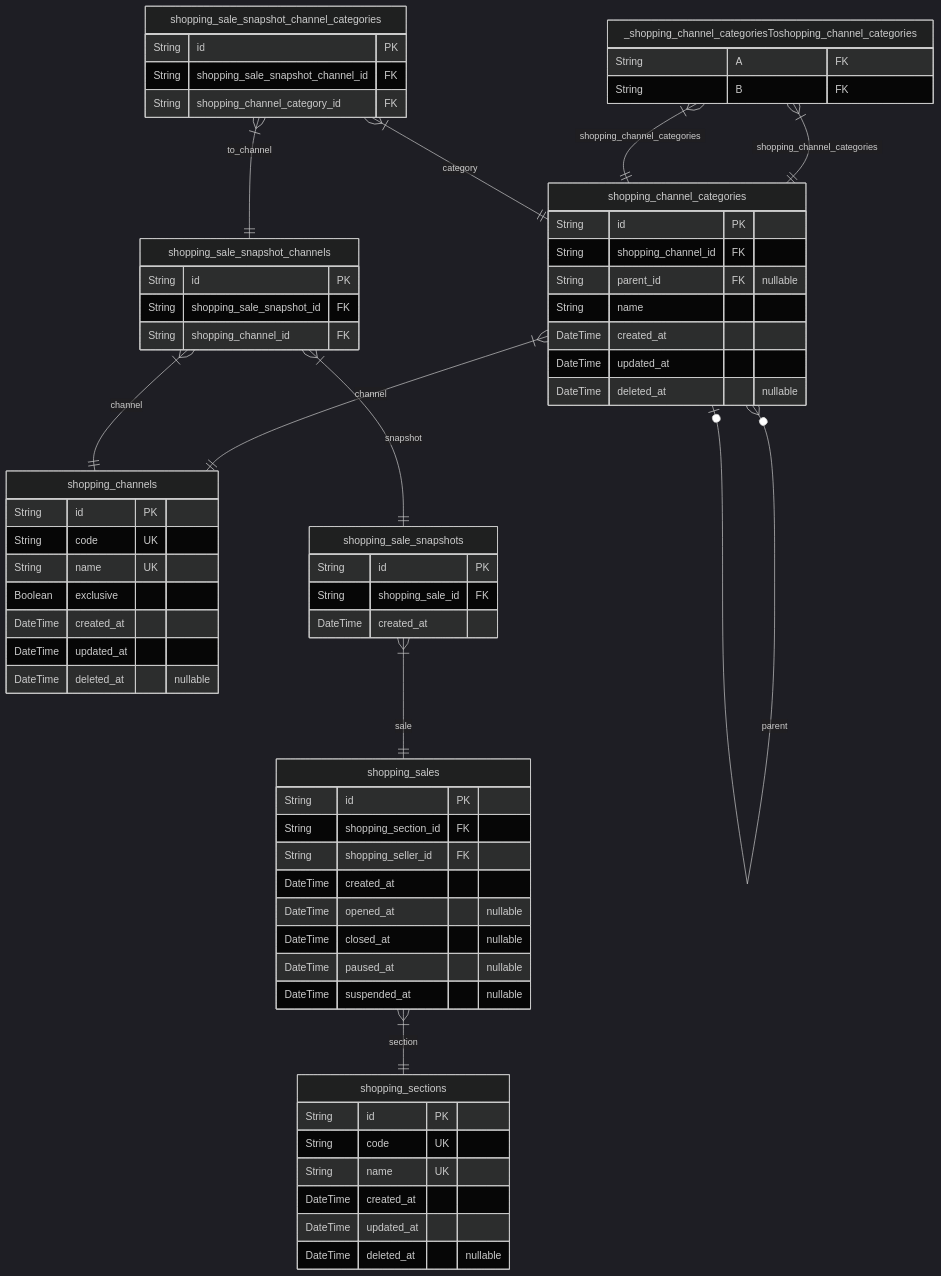
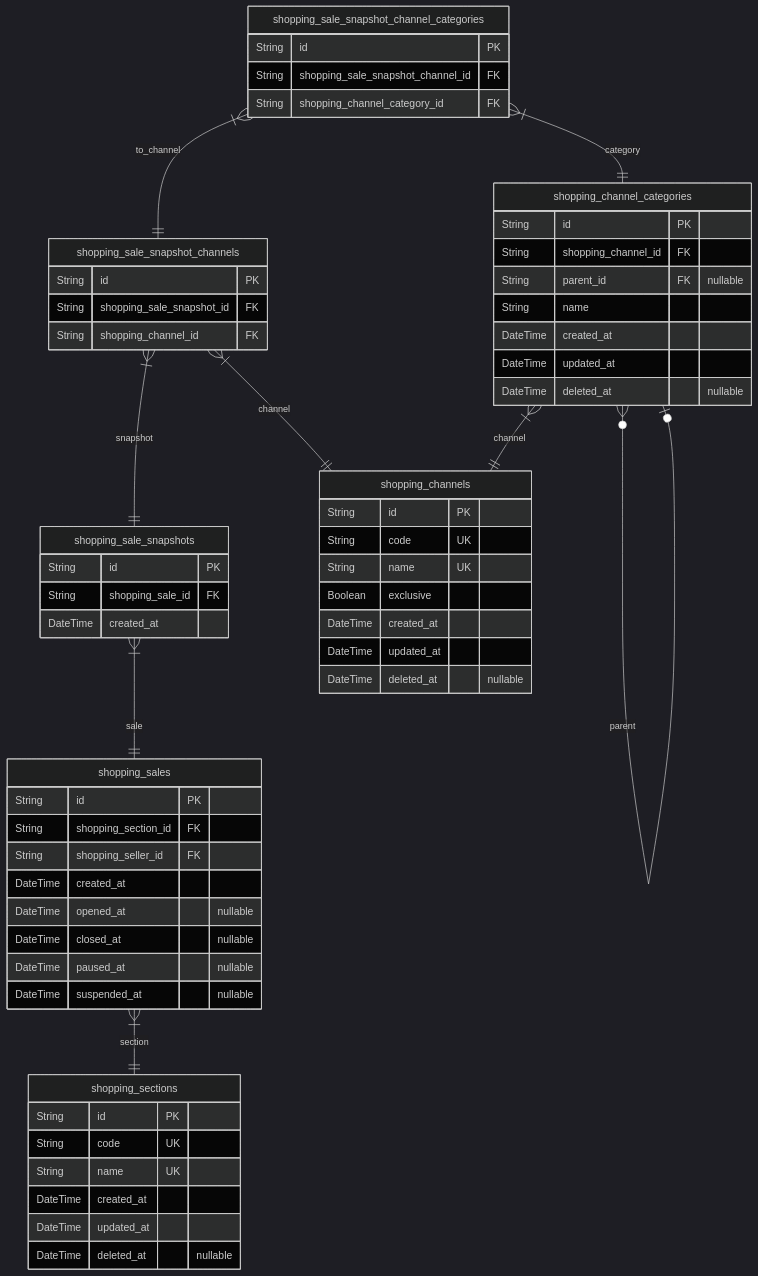
One commit to samchon/prisma-markdown changed the second of 10 diagrams in ERD.md. Above: the diagram before and after it, drawn with Mermaid (dark theme). The commit also changed other lines of this file and 5 other files, not shown here.

````diff
--- a/ERD.md
+++ b/ERD.md
@@ -246,68 +233,62 @@
 ```mermaid
 erDiagram
 "shopping_channels" {
     String id PK
     String code UK
     String name UK
     Boolean exclusive
     DateTime created_at
     DateTime updated_at
     DateTime deleted_at "nullable"
 }
 "shopping_channel_categories" {
     String id PK
     String shopping_channel_id FK
     String parent_id FK "nullable"
     String name
     DateTime created_at
     DateTime updated_at
     DateTime deleted_at "nullable"
 }
 "shopping_sections" {
     String id PK
     String code UK
     String name UK
     DateTime created_at
     DateTime updated_at
     DateTime deleted_at "nullable"
 }
-"_shopping_channel_categoriesToshopping_channel_categories" {
-    String A FK
-    String B FK
-}
 "shopping_sales" {
     String id PK
     String shopping_section_id FK
     String shopping_seller_id FK
     DateTime created_at
     DateTime opened_at "nullable"
     DateTime closed_at "nullable"
     DateTime paused_at "nullable"
     DateTime suspended_at "nullable"
 }
 "shopping_sale_snapshots" {
     String id PK
     String shopping_sale_id FK
     DateTime created_at
 }
 "shopping_sale_snapshot_channels" {
     String id PK
     String shopping_sale_snapshot_id FK
     String shopping_channel_id FK
 }
 "shopping_sale_snapshot_channel_categories" {
     String id PK
     String shopping_sale_snapshot_channel_id FK
     String shopping_channel_category_id FK
 }
 "shopping_channel_categories" }|--|| "shopping_channels" : channel
 "shopping_channel_categories" }o--o| "shopping_channel_categories" : parent
-"_shopping_channel_categoriesToshopping_channel_categories" }|--|| "shopping_channel_categories" : shopping_channel_categories
-"_shopping_channel_categoriesToshopping_channel_categories" }|--|| "shopping_channel_categories" : shopping_channel_categories
 "shopping_sales" }|--|| "shopping_sections" : section
 "shopping_sale_snapshots" }|--|| "shopping_sales" : sale
 "shopping_sale_snapshot_channels" }|--|| "shopping_sale_snapshots" : snapshot
 "shopping_sale_snapshot_channels" }|--|| "shopping_channels" : channel
 "shopping_sale_snapshot_channel_categories" }|--|| "shopping_sale_snapshot_channels" : to_channel
 "shopping_sale_snapshot_channel_categories" }|--|| "shopping_channel_categories" : category
 ```
````
